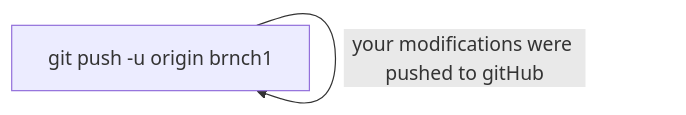
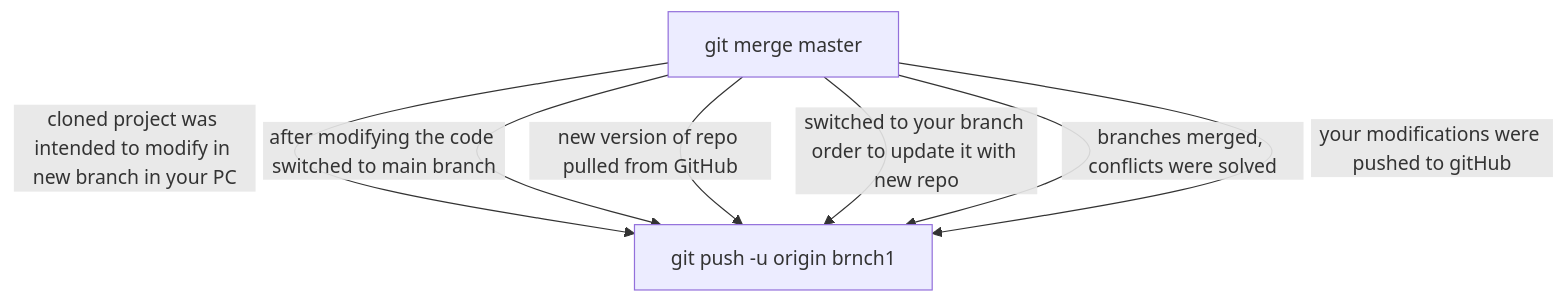
The third of 3 diagrams in README.md (Akhmarzhan/practicum-task), drawn with Mermaid before and after one commit.

Commit message:
Added mermaid about git pull

````diff
--- a/README.md
+++ b/README.md
@@ -84,9 +84,9 @@
 ```mermaid
-  graph LR;
-      id["git clone URL"] -- "cloned project was intended to modify in new branch in your PC" --> id["git checkout -b brnch1"];
-      id["git checkout -b brnch1"] -- "after modifying the code switched to main branch" --> id["git checkout master"];
-	  id["git checkout master"]  -- "new version of repo pulled from GitHub" --> id["git pull"] ;
-	  id["git pull"] -- "switched to your branch order to update it with new repo" --> id["git checkout brnch1"] ;
-	  id["git checkout brnch1"] -- "branches merged, conflicts were solved" --> id["git merge master"] ;
-	  id["git merge master"] -- "your modifications were pushed to gitHub"  --> id["git push -u origin brnch1"];
+  graph TB;
+      id1["git clone URL"] -- "cloned project was intended to modify in new branch in your PC" --> id["git checkout -b brnch1"];
+      id1["git checkout -b brnch1"] -- "after modifying the code switched to main branch" --> id["git checkout master"];
+	  id1["git checkout master"]  -- "new version of repo pulled from GitHub" --> id["git pull"] ;
+	  id1["git pull"] -- "switched to your branch order to update it with new repo" --> id["git checkout brnch1"] ;
+	  id1["git checkout brnch1"] -- "branches merged, conflicts were solved" --> id["git merge master"] ;
+	  id1["git merge master"] -- "your modifications were pushed to gitHub"  --> id["git push -u origin brnch1"];
 ```
````
